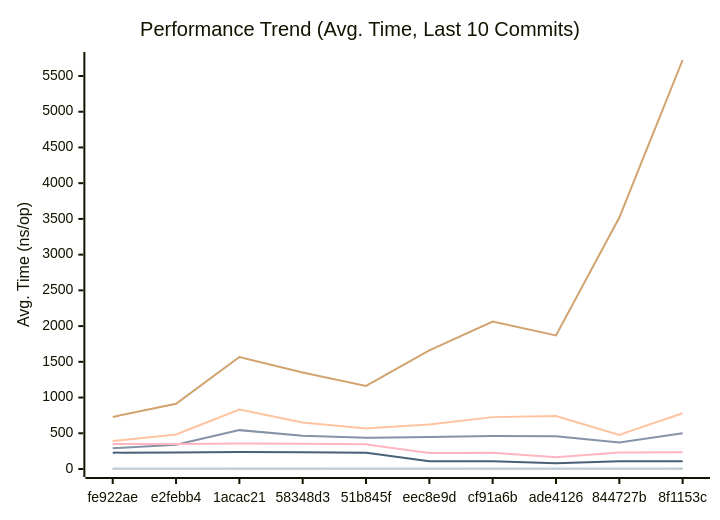
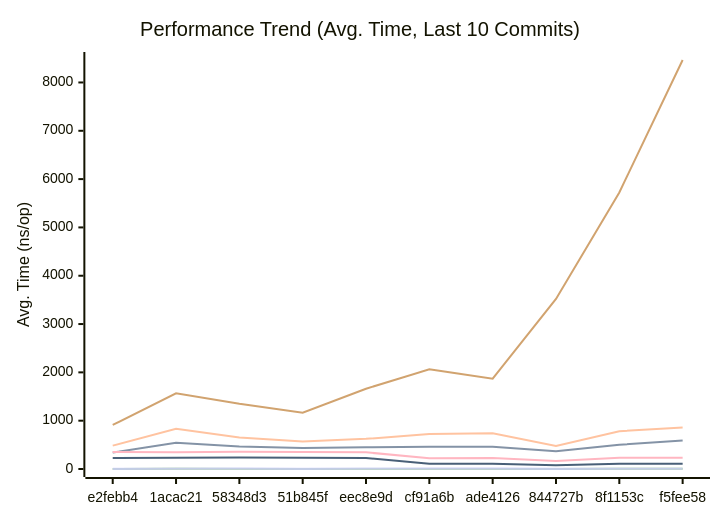
The first of 3 diagrams in docs/PERFORMANCE.md (alsotoes/momo), drawn with Mermaid before and after one commit. The commit also changed other lines of this file and 13 other files, not shown here.

````diff
--- a/docs/PERFORMANCE.md
+++ b/docs/PERFORMANCE.md
@@ -80,16 +82,16 @@
 ```mermaid
 xychart-beta
     title "Performance Trend (Avg. Time, Last 10 Commits)"
     x-axis "Commit"
     y-axis "Avg. Time (ns/op)"
-    x-axis [fe922ae,e2febb4,1acac21,58348d3,51b845f,eec8e9d,cf91a6b,ade4126,844727b,8f1153c]
-    line "CheckMetricsAndSwap" [8,8,15,14,11,11,15,13,10,15]
-    line "CrushOptimized" [290,341,544,466,437,449,463,458,370,501]
-    line "CrushOriginal" [392,484,833,650,568,624,726,740,478,781]
-    line "IndexDirectTracking" [0,1,1,1,0,0,1,1,0,1]
-    line "IndexSearch" [2,2,3,2,2,2,2,2,2,3]
-    line "LoadGlobalConfig" [729,912,1568,1350,1163,1661,2063,1870,3519,5724]
-    line "PadString" [2,2,4,3,2,3,3,3,2,3]
+    x-axis [e2febb4,1acac21,58348d3,51b845f,eec8e9d,cf91a6b,ade4126,844727b,8f1153c,f5fee58]
+    line "CheckMetricsAndSwap" [8,15,14,11,11,15,13,10,15,14]
+    line "CrushOptimized" [341,544,466,437,449,463,458,370,501,592]
+    line "CrushOriginal" [484,833,650,568,624,726,740,478,781,860]
+    line "IndexDirectTracking" [1,1,1,0,0,1,1,0,1,1]
+    line "IndexSearch" [2,3,2,2,2,2,2,2,3,3]
+    line "LoadGlobalConfig" [912,1568,1350,1163,1661,2063,1870,3519,5724,8465]
+    line "PadString" [2,4,3,2,3,3,3,2,3,3]
     line "ParseReplicationOrder_NoPrealloc" [350,349,357,354,345,225,229,165,232,234]
     line "ParseReplicationOrder_Prealloc" [229,231,237,234,229,108,107,80,110,109]
 ```
````
